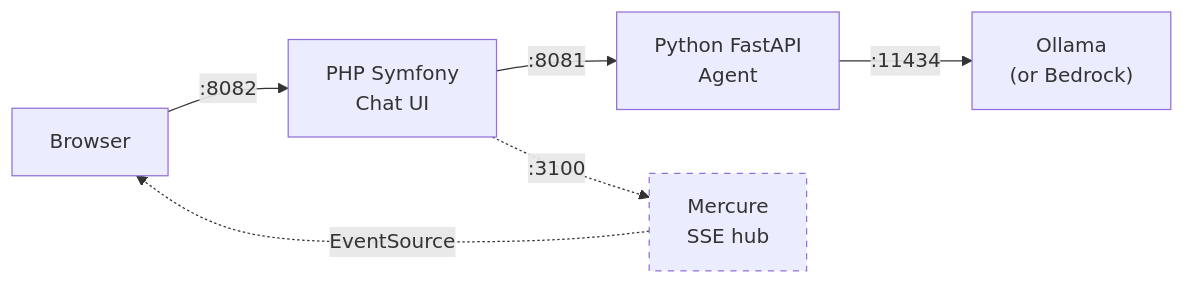
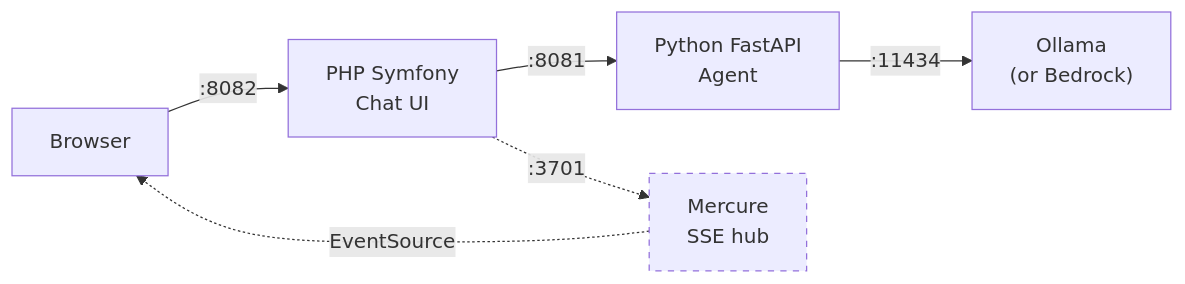
The first of 2 diagrams in docs/local-development.md (blundergoat/the-summit-chatroom), drawn with Mermaid before and after one commit. The commit also changed other lines of this file and 16 other files, not shown here.

````diff
--- a/docs/local-development.md
+++ b/docs/local-development.md
@@ -55,10 +55,10 @@
 ```mermaid
 graph LR
     Browser -->|":8082"| PHP["PHP Symfony<br/>Chat UI"]
     PHP -->|":8081"| Agent["Python FastAPI<br/>Agent"]
     Agent -->|":11434"| LLM["Ollama<br/>(or Bedrock)"]
-    PHP -.->|":3100"| Mercure["Mercure<br/>SSE hub"]
+    PHP -.->|":3701"| Mercure["Mercure<br/>SSE hub"]
     Mercure -.->|"EventSource"| Browser
 
     style Mercure stroke-dasharray: 5 5
 ```
````
